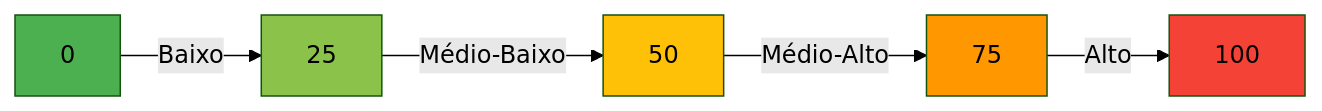
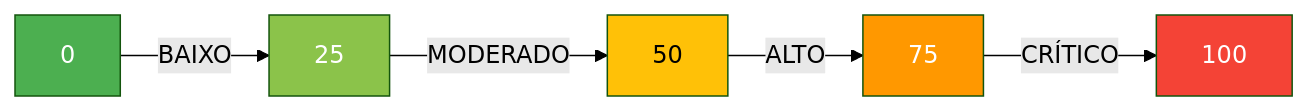
Before and after one commit to cairocruz/hubAgentsV2: the fifth of 8 diagrams in README.md, drawn with Mermaid (forest theme). The commit also changed other lines of this file, not shown here.

````diff
--- a/README.md
+++ b/README.md
@@ -999,13 +478,13 @@
 ```mermaid
 graph LR
-    A[0] -->|Baixo| B[25]
-    B[25] -->|Médio-Baixo| C[50]
-    C[50] -->|Médio-Alto| D[75]
-    D[75] -->|Alto| E[100]
-    
-    style A fill:#4CAF50
-    style B fill:#8BC34A
-    style C fill:#FFC107
-    style D fill:#FF9800
-    style E fill:#F44336
+    A["0"] -->|BAIXO| B["25"]
+    B -->|MODERADO| C["50"]
+    C -->|ALTO| D["75"]
+    D -->|CRÍTICO| E["100"]
+
+    style A fill:#4CAF50,color:#fff
+    style B fill:#8BC34A,color:#fff
+    style C fill:#FFC107,color:#000
+    style D fill:#FF9800,color:#fff
+    style E fill:#F44336,color:#fff
 ```
````
